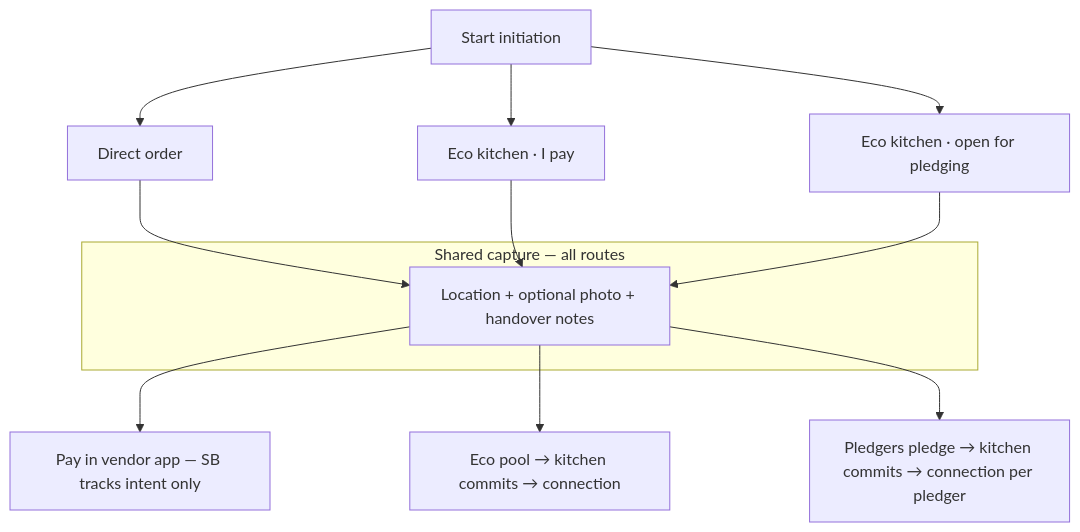
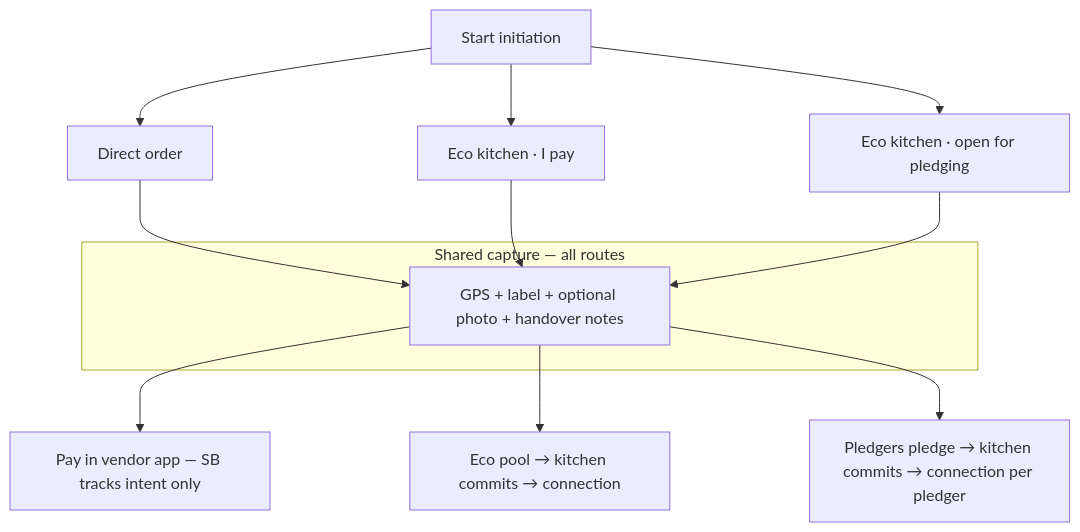
One commit to sharingbridge/sharingbridge changed the first of 2 diagrams in design/Eco_Kitchen_Initiation_Flow.md. Above: the diagram before and after it, drawn with Mermaid. The commit also changed other lines of this file and 2 other files, not shown here.

Commit message:
Document handover location label, coordinates, and postal area behaviour.

````diff
--- a/design/Eco_Kitchen_Initiation_Flow.md
+++ b/design/Eco_Kitchen_Initiation_Flow.md
@@ -53,19 +53,19 @@
 ```mermaid
 flowchart TB
   Start[Start initiation]
   Start --> R1[Direct order]
   Start --> R2[Eco kitchen · I pay]
   Start --> R3[Eco kitchen · open for pledging]
 
   subgraph shared [Shared capture — all routes]
-    S[Location + optional photo + handover notes]
+    S[GPS + label + optional photo + handover notes]
   end
 
   R1 --> S
   R2 --> S
   R3 --> S
 
   S --> D[Pay in vendor app — SB tracks intent only]
   S --> E2[Eco pool → kitchen commits → connection]
   S --> E3[Pledgers pledge → kitchen commits → connection per pledger]
 ```
````
